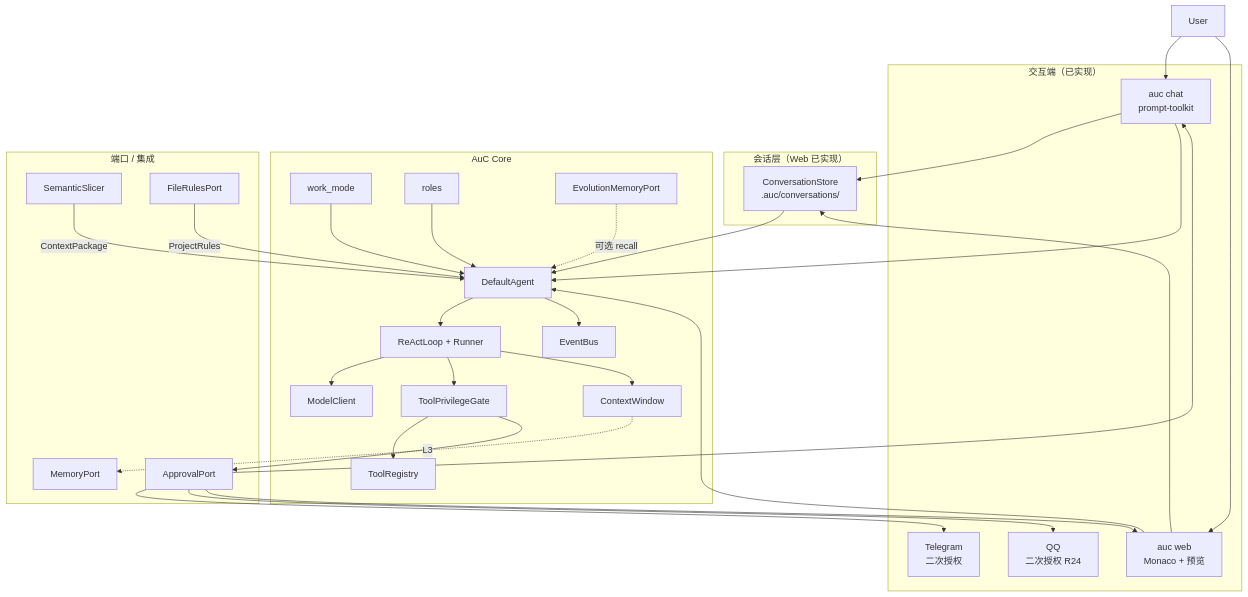
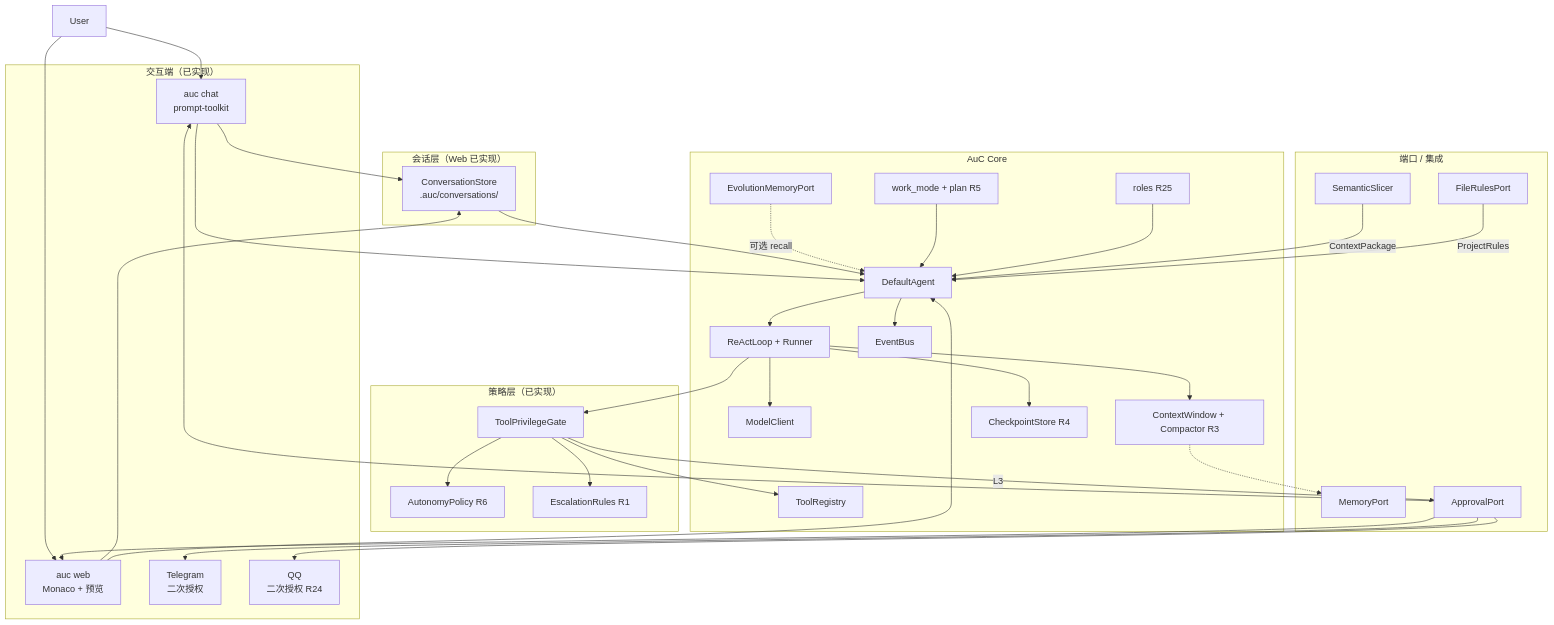
Before and after one commit to ufy2024/AuC: the first of 2 diagrams in docs/architecture.md, drawn with Mermaid. The commit also changed other lines of this file and 92 other files, not shown here.

````diff
--- a/docs/architecture.md
+++ b/docs/architecture.md
@@ -22,55 +22,64 @@
 ```mermaid
 flowchart TB
   subgraph clients ["交互端（已实现）"]
     CLI["auc chat<br/>prompt-toolkit"]
     Web["auc web<br/>Monaco + 预览"]
     TG["Telegram<br/>二次授权"]
     QQ["QQ<br/>二次授权 R24"]
   end
 
   subgraph session ["会话层（Web 已实现）"]
     Conv["ConversationStore<br/>.auc/conversations/"]
   end
 
+  subgraph policy ["策略层（已实现）"]
+    Auto["AutonomyPolicy R6"]
+    Esc["EscalationRules R1"]
+    Gate[ToolPrivilegeGate]
+  end
+
   subgraph auc [AuC Core]
     Agent[DefaultAgent]
     Loop[ReActLoop + Runner]
     Tools[ToolRegistry]
-    Gate[ToolPrivilegeGate]
     LLM[ModelClient]
-    Ctx[ContextWindow]
+    Ctx[ContextWindow + Compactor R3]
     Events[EventBus]
-    WM[work_mode]
-    Roles[roles]
+    WM[work_mode + plan R5]
+    Roles[roles R25]
+    Ckpt[CheckpointStore R4]
     Evo[EvolutionMemoryPort]
   end
 
   subgraph ports [端口 / 集成]
     MemPort[MemoryPort]
     Slicer[SemanticSlicer]
     Rules[FileRulesPort]
     Approval[ApprovalPort]
   end
 
   User --> CLI & Web
   CLI & Web --> Conv
   Conv --> Agent
   CLI & Web --> Agent
   Slicer -->|ContextPackage| Agent
   Rules -->|ProjectRules| Agent
   Evo -.->|可选 recall| Agent
   Agent --> Loop
   Loop --> LLM
   Loop --> Gate
+  Gate --> Auto
+  Gate --> Esc
   Gate --> Tools
   Loop --> Ctx
+  Loop --> Ckpt
   Agent --> Events
   WM --> Agent
   Roles --> Agent
   Gate -->|L3| Approval
   Approval --> TG
   Approval --> QQ
   Approval --> Web
   Approval --> CLI
   Ctx -.-> MemPort
 ```
````
